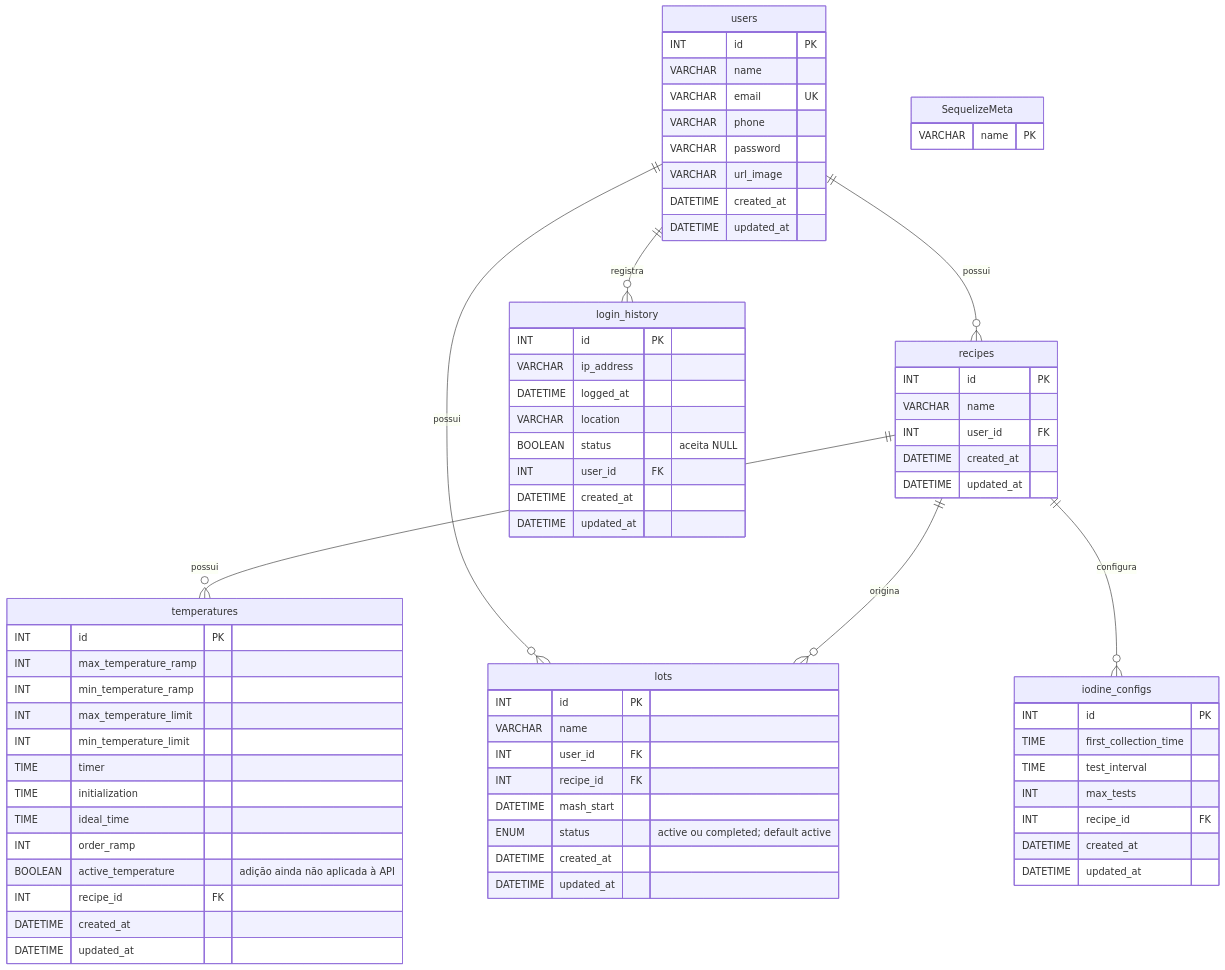
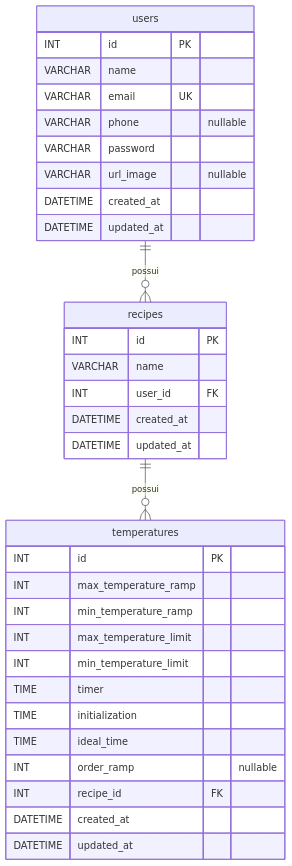
The diagram in diagrama_mer_mash.mmd (conloq/database), drawn with Mermaid before and after one commit. The commit also changed 2 other files, not shown here.

Commit message:
docs: alinhar MER às migrations atuais

```diff
--- a/diagrama_mer_mash.mmd
+++ b/diagrama_mer_mash.mmd
@@ -1,72 +1,37 @@
+%% Atualizado em 24/10/2026 com base nas migrations da main de conloq/Back-End.
+%% Somente as tabelas implementadas aparecem neste MER.
 erDiagram
     users ||--o{ recipes : possui
     recipes ||--o{ temperatures : possui
-    users ||--o{ lots : possui
-    recipes ||--o{ lots : origina
-    recipes ||--o{ iodine_configs : configura
-    users ||--o{ login_history : registra
 
     users {
         INT id PK
         VARCHAR name
         VARCHAR email UK
-        VARCHAR phone
+        VARCHAR phone "nullable"
         VARCHAR password
-        VARCHAR url_image
+        VARCHAR url_image "nullable"
         DATETIME created_at
         DATETIME updated_at
     }
     recipes {
         INT id PK
         VARCHAR name
         INT user_id FK
         DATETIME created_at
         DATETIME updated_at
     }
     temperatures {
         INT id PK
         INT max_temperature_ramp
         INT min_temperature_ramp
         INT max_temperature_limit
         INT min_temperature_limit
         TIME timer
         TIME initialization
         TIME ideal_time
-        INT order_ramp
-        BOOLEAN active_temperature "adição ainda não aplicada à API"
+        INT order_ramp "nullable"
         INT recipe_id FK
         DATETIME created_at
         DATETIME updated_at
     }
-    SequelizeMeta {
-        VARCHAR name PK
-    }
-    lots {
-        INT id PK
-        VARCHAR name
-        INT user_id FK
-        INT recipe_id FK
-        DATETIME mash_start
-        ENUM status "active ou completed; default active"
-        DATETIME created_at
-        DATETIME updated_at
-    }
-    iodine_configs {
-        INT id PK
-        TIME first_collection_time
-        TIME test_interval
-        INT max_tests
-        INT recipe_id FK
-        DATETIME created_at
-        DATETIME updated_at
-    }
-    login_history {
-        INT id PK
-        VARCHAR ip_address
-        DATETIME logged_at
-        VARCHAR location
-        BOOLEAN status "aceita NULL"
-        INT user_id FK
-        DATETIME created_at
-        DATETIME updated_at
-    }
```
